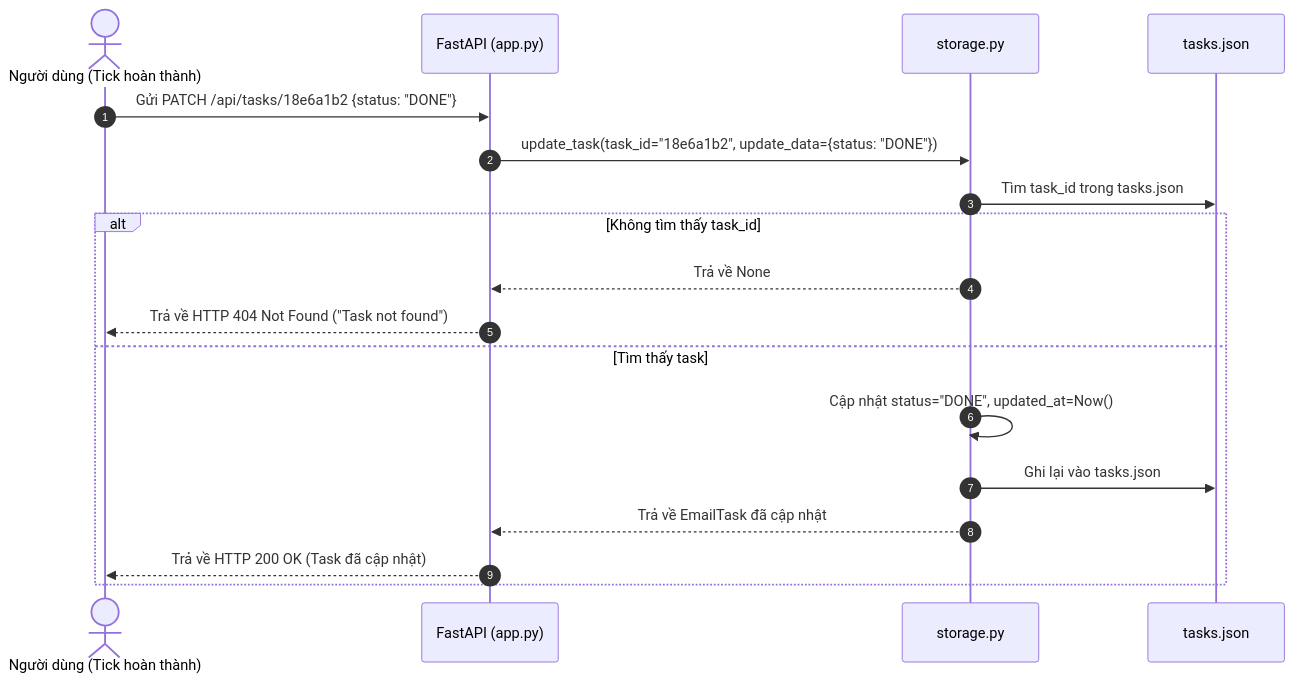
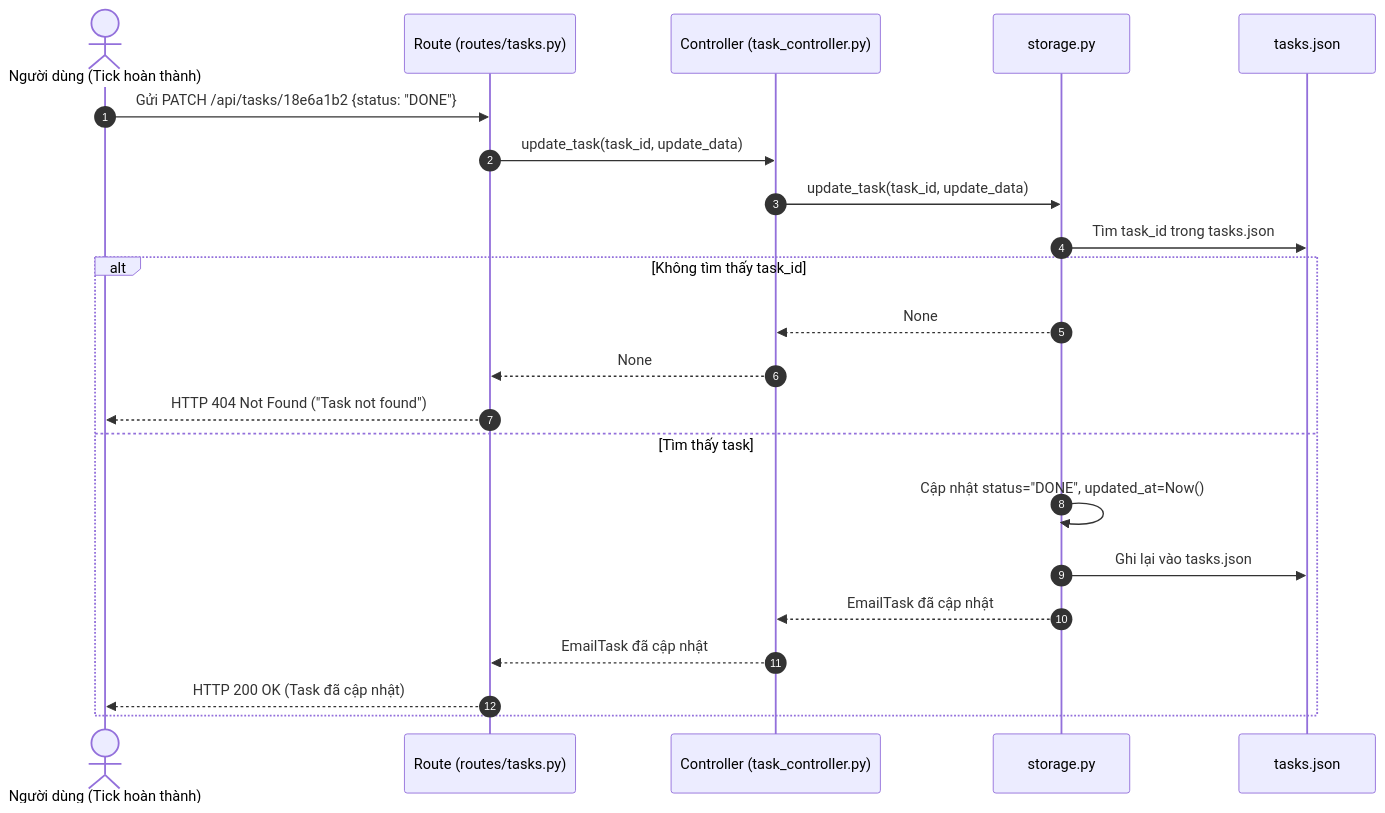
One commit to Archduker/FocusEmai changed the fourth of 4 diagrams in docs/stage2.md. Above: the diagram before and after it, drawn with Mermaid. The commit also changed other lines of this file and 6 other files, not shown here.

````diff
--- a/docs/stage2.md
+++ b/docs/stage2.md
@@ -103,21 +113,25 @@
 ```mermaid
 sequenceDiagram
     autonumber
     actor User as Người dùng (Tick hoàn thành)
-    participant API as FastAPI (app.py)
+    participant Route as Route (routes/tasks.py)
+    participant Controller as Controller (task_controller.py)
     participant Storage as storage.py
     participant DB as tasks.json
 
-    User->>API: Gửi PATCH /api/tasks/18e6a1b2 {status: "DONE"}
-    API->>Storage: update_task(task_id="18e6a1b2", update_data={status: "DONE"})
+    User->>Route: Gửi PATCH /api/tasks/18e6a1b2 {status: "DONE"}
+    Route->>Controller: update_task(task_id, update_data)
+    Controller->>Storage: update_task(task_id, update_data)
     Storage->>DB: Tìm task_id trong tasks.json
     alt Không tìm thấy task_id
-        Storage-->>API: Trả về None
-        API-->>User: Trả về HTTP 404 Not Found ("Task not found")
+        Storage-->>Controller: None
+        Controller-->>Route: None
+        Route-->>User: HTTP 404 Not Found ("Task not found")
     else Tìm thấy task
         Storage->>Storage: Cập nhật status="DONE", updated_at=Now()
         Storage->>DB: Ghi lại vào tasks.json
-        Storage-->>API: Trả về EmailTask đã cập nhật
-        API-->>User: Trả về HTTP 200 OK (Task đã cập nhật)
+        Storage-->>Controller: EmailTask đã cập nhật
+        Controller-->>Route: EmailTask đã cập nhật
+        Route-->>User: HTTP 200 OK (Task đã cập nhật)
     end
 ```
````
